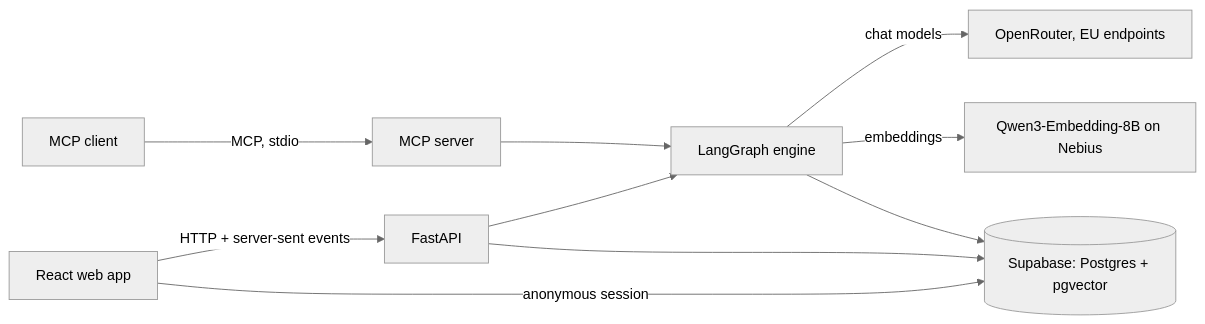
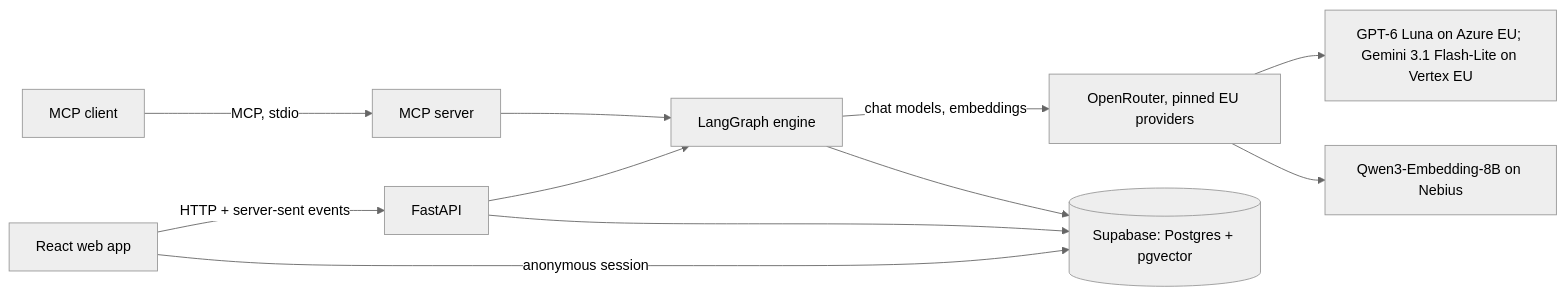
Before and after one commit to AhmedNazihX/Klar: the diagram in README.md, drawn with Mermaid (neutral theme). The commit also changed other lines of this file and 1 other file, not shown here.

Commit message:
docs(readme): fix round 1: citation check, seed load, embedding keys, ethics rows

````diff
--- a/README.md
+++ b/README.md
@@ -49,12 +49,13 @@
 ```mermaid
 flowchart LR
     UI[React web app] -->|HTTP + server-sent events| API[FastAPI]
     MCPC[MCP client] -->|MCP, stdio| MCP[MCP server]
     MCP --> ENG
     API --> ENG[LangGraph engine]
-    ENG -->|chat models| OR[OpenRouter, EU endpoints]
-    ENG -->|embeddings| EMB[Qwen3-Embedding-8B on Nebius]
+    ENG -->|chat models, embeddings| OR[OpenRouter, pinned EU providers]
+    OR --> LLM[GPT-6 Luna on Azure EU; Gemini 3.1 Flash-Lite on Vertex EU]
+    OR --> EMB[Qwen3-Embedding-8B on Nebius]
     ENG --> DB[(Supabase: Postgres + pgvector)]
     API --> DB
     UI -->|anonymous session| DB
 ```
````
